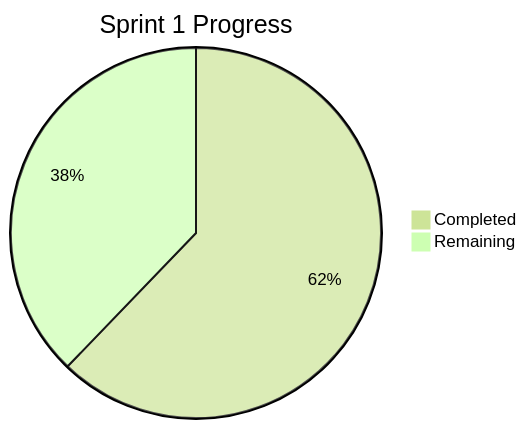
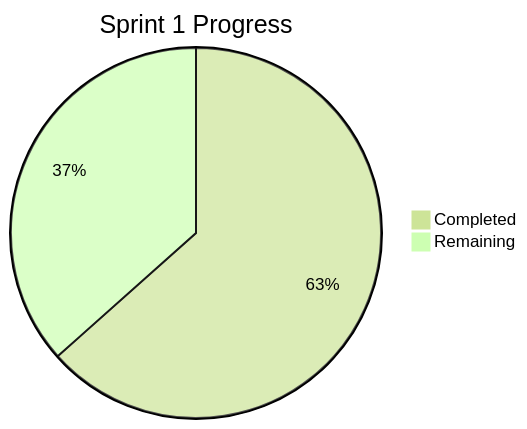
The diagram in Sprint1/DAILY_LOG.md (nerdpudding/pptx_poc), drawn with Mermaid (forest theme) before and after one commit. The commit also changed other lines of this file and 1 other file, not shown here.

````diff
--- a/Sprint1/DAILY_LOG.md
+++ b/Sprint1/DAILY_LOG.md
@@ -31,5 +31,5 @@
 ```mermaid
 pie title Sprint 1 Progress
-    "Completed" : 51
-    "Remaining" : 31
+    "Completed" : 52
+    "Remaining" : 30
 ```
````
